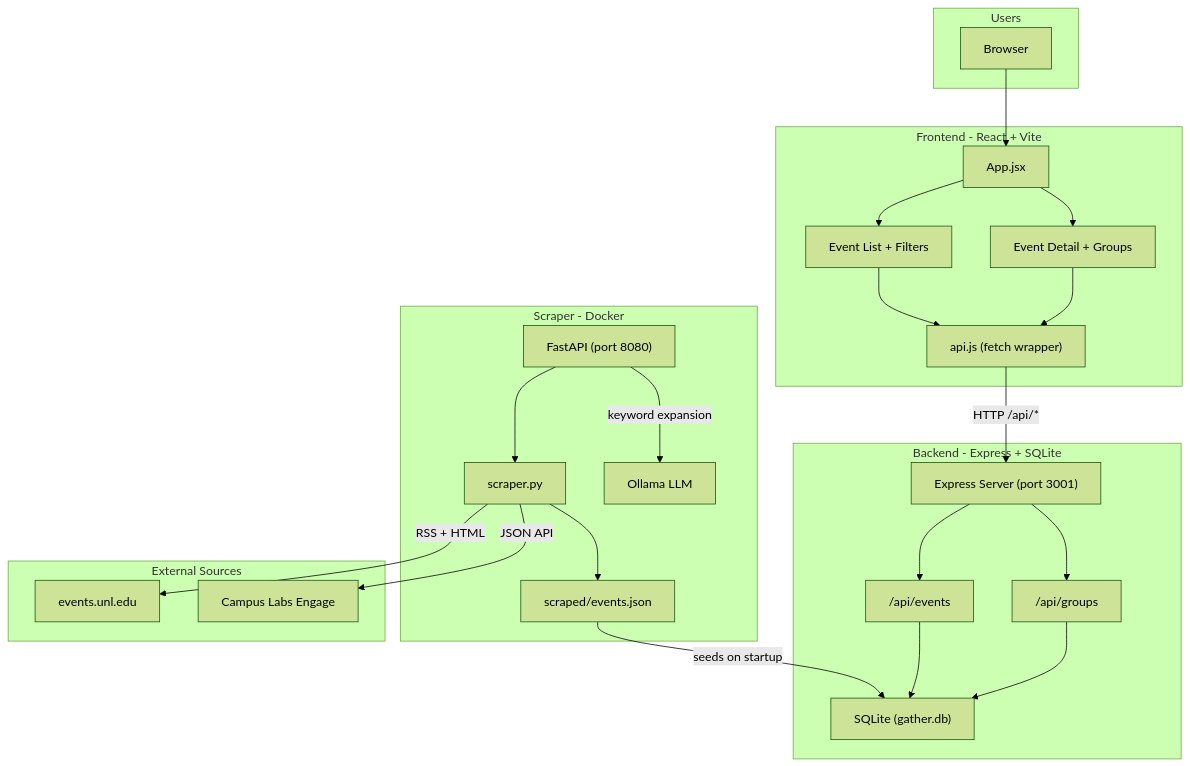
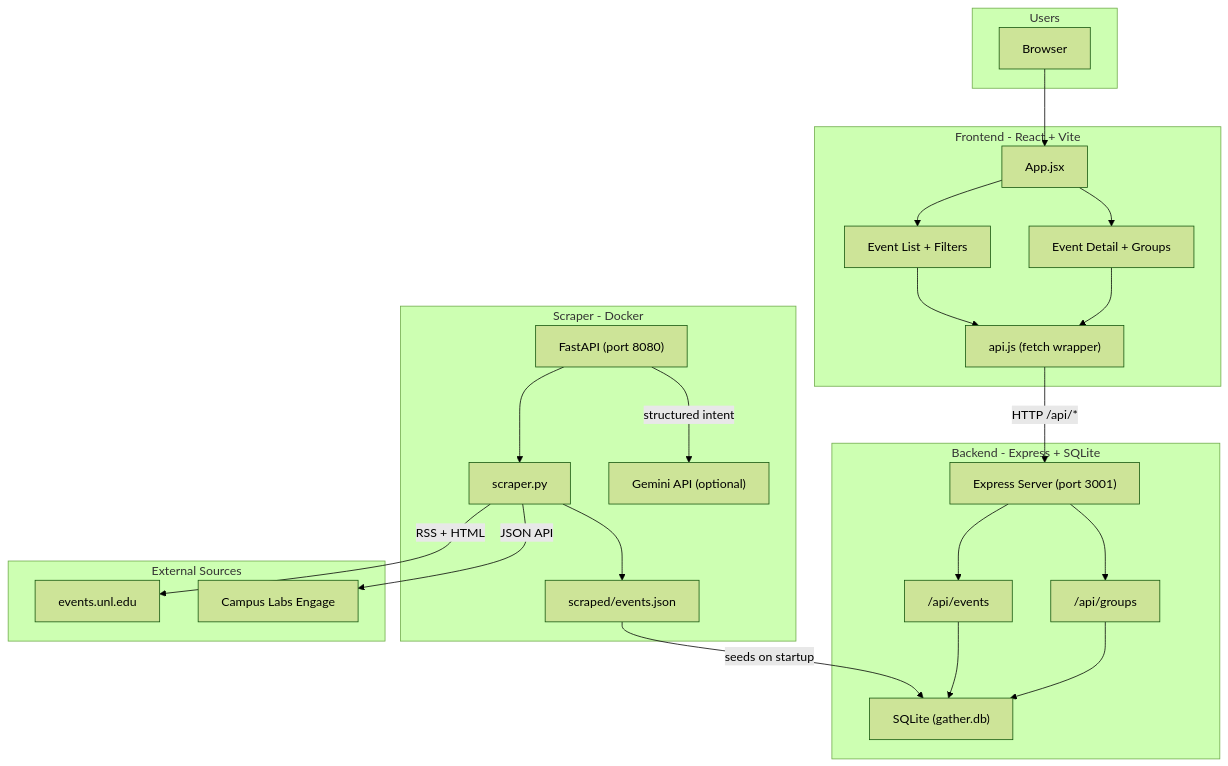
One commit to michaeldejournett/Raikes-Hacks-2026 changed the diagram in docs/system-overview.mmd. Above: the diagram before and after it, drawn with Mermaid (forest theme). The commit also changed 32 other files, not shown here.

```diff
--- a/docs/system-overview.mmd
+++ b/docs/system-overview.mmd
@@ -1,48 +1,48 @@
 flowchart TB
   subgraph user [Users]
     Browser["Browser"]
   end
 
   subgraph frontend [Frontend - React + Vite]
     App["App.jsx"]
     EventList["Event List + Filters"]
     EventDetail["Event Detail + Groups"]
     API["api.js (fetch wrapper)"]
   end
 
   subgraph backend [Backend - Express + SQLite]
     Express["Express Server (port 3001)"]
     EventsRoute["/api/events"]
     GroupsRoute["/api/groups"]
     SQLite["SQLite (gather.db)"]
   end
 
   subgraph scraper [Scraper - Docker]
     FastAPI["FastAPI (port 8080)"]
     Scraper["scraper.py"]
-    Ollama["Ollama LLM"]
+    Gemini["Gemini API (optional)"]
     ScrapedJSON["scraped/events.json"]
   end
 
   subgraph external [External Sources]
     UNL["events.unl.edu"]
     Engage["Campus Labs Engage"]
   end
 
   Browser --> App
   App --> EventList
   App --> EventDetail
   EventList --> API
   EventDetail --> API
   API -->|"HTTP /api/*"| Express
   Express --> EventsRoute
   Express --> GroupsRoute
   EventsRoute --> SQLite
   GroupsRoute --> SQLite
 
   Scraper -->|"RSS + HTML"| UNL
   Scraper -->|"JSON API"| Engage
   Scraper --> ScrapedJSON
   FastAPI --> Scraper
-  FastAPI -->|"keyword expansion"| Ollama
+  FastAPI -->|"structured intent"| Gemini
   ScrapedJSON -->|"seeds on startup"| SQLite
```
